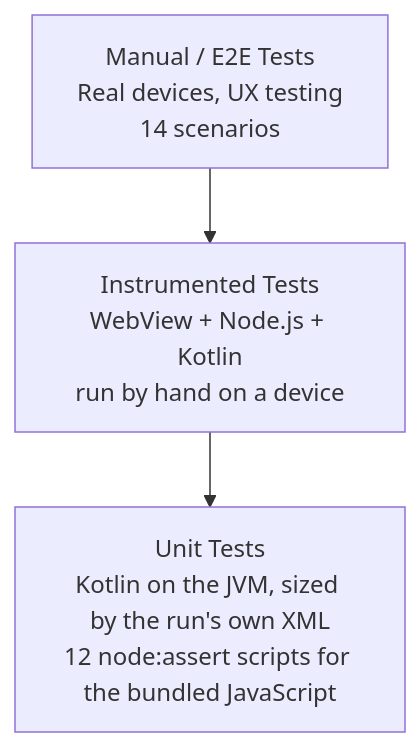
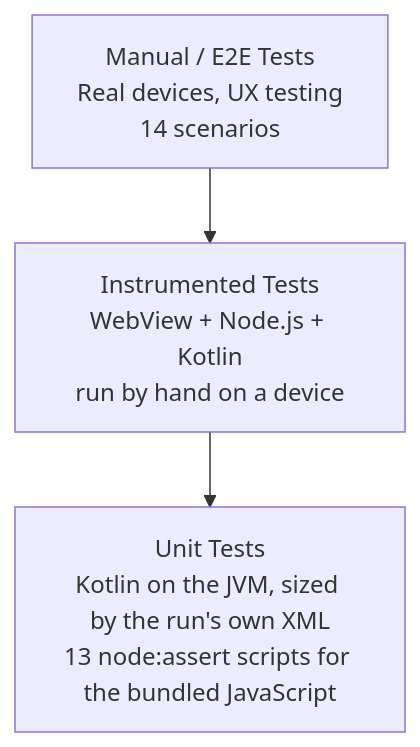
One commit to rmyndharis/VSCodroid changed the first of 3 diagrams in docs/07-TESTING_STRATEGY.md. Above: the diagram before and after it, drawn with Mermaid.

Commit message:
docs: count 13 node self-checks in the test pyramid
test-keyboard-guard.js is the thirteenth scripts/test-*.js. The Run
note and the lint diagram already say thirteen; the pyramid still
said twelve.

````diff
--- a/docs/07-TESTING_STRATEGY.md
+++ b/docs/07-TESTING_STRATEGY.md
@@ -23,5 +23,5 @@
 ```mermaid
 flowchart TD
   E2E["Manual / E2E Tests<br/>Real devices, UX testing<br/>14 scenarios"] --> INT["Instrumented Tests<br/>WebView + Node.js + Kotlin<br/>run by hand on a device"]
-  INT --> UNIT["Unit Tests<br/>Kotlin on the JVM, sized by the run's own XML<br/>12 node:assert scripts for the bundled JavaScript"]
+  INT --> UNIT["Unit Tests<br/>Kotlin on the JVM, sized by the run's own XML<br/>13 node:assert scripts for the bundled JavaScript"]
 ```
````
